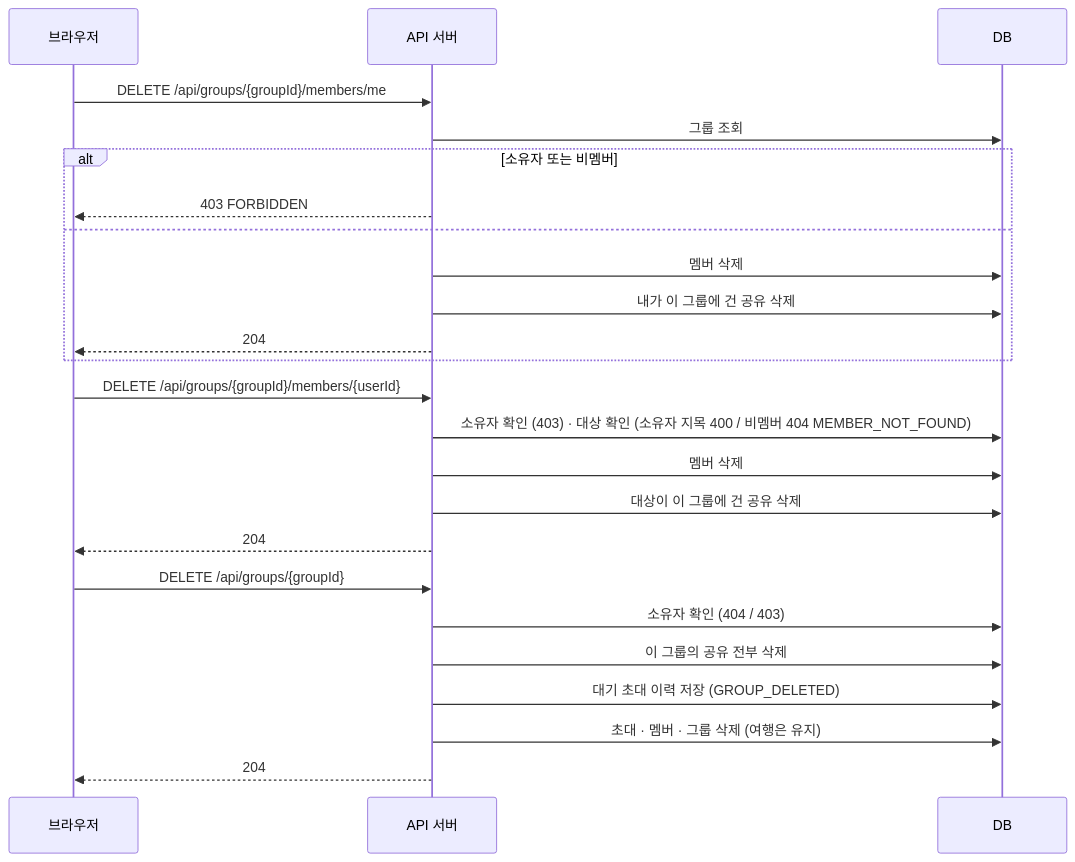
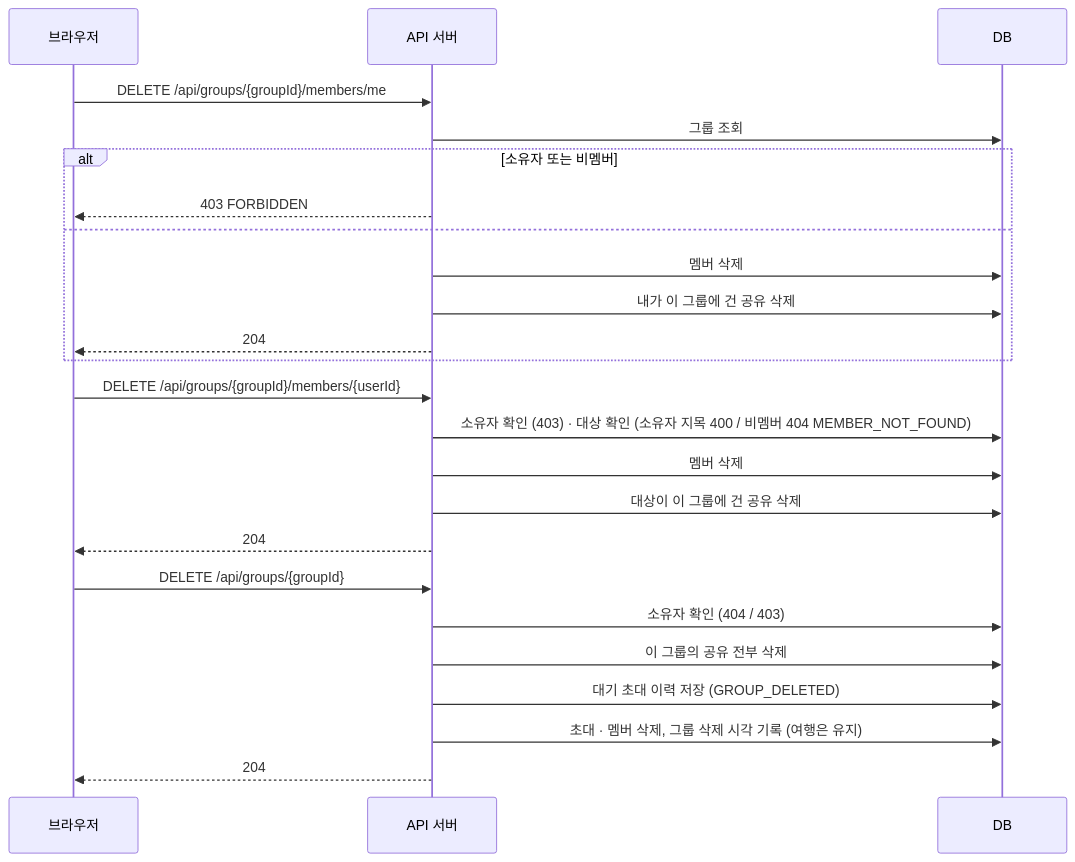
Diagram 11 of 11 in docs/flow-sequence.md (jinyong-go/travel-recorder), drawn with Mermaid before and after one commit. The commit also changed 9 other files, not shown here.

````diff
--- a/docs/flow-sequence.md
+++ b/docs/flow-sequence.md
@@ -319,29 +319,29 @@
 ```mermaid
 sequenceDiagram
     participant B as 브라우저
     participant A as API 서버
     participant D as DB
 
     B->>A: DELETE /api/groups/{groupId}/members/me
     A->>D: 그룹 조회
     alt 소유자 또는 비멤버
         A-->>B: 403 FORBIDDEN
     else
         A->>D: 멤버 삭제
         A->>D: 내가 이 그룹에 건 공유 삭제
         A-->>B: 204
     end
 
     B->>A: DELETE /api/groups/{groupId}/members/{userId}
     A->>D: 소유자 확인 (403) · 대상 확인 (소유자 지목 400 / 비멤버 404 MEMBER_NOT_FOUND)
     A->>D: 멤버 삭제
     A->>D: 대상이 이 그룹에 건 공유 삭제
     A-->>B: 204
 
     B->>A: DELETE /api/groups/{groupId}
     A->>D: 소유자 확인 (404 / 403)
     A->>D: 이 그룹의 공유 전부 삭제
     A->>D: 대기 초대 이력 저장 (GROUP_DELETED)
-    A->>D: 초대 · 멤버 · 그룹 삭제 (여행은 유지)
+    A->>D: 초대 · 멤버 삭제, 그룹 삭제 시각 기록 (여행은 유지)
     A-->>B: 204
 ```
````
